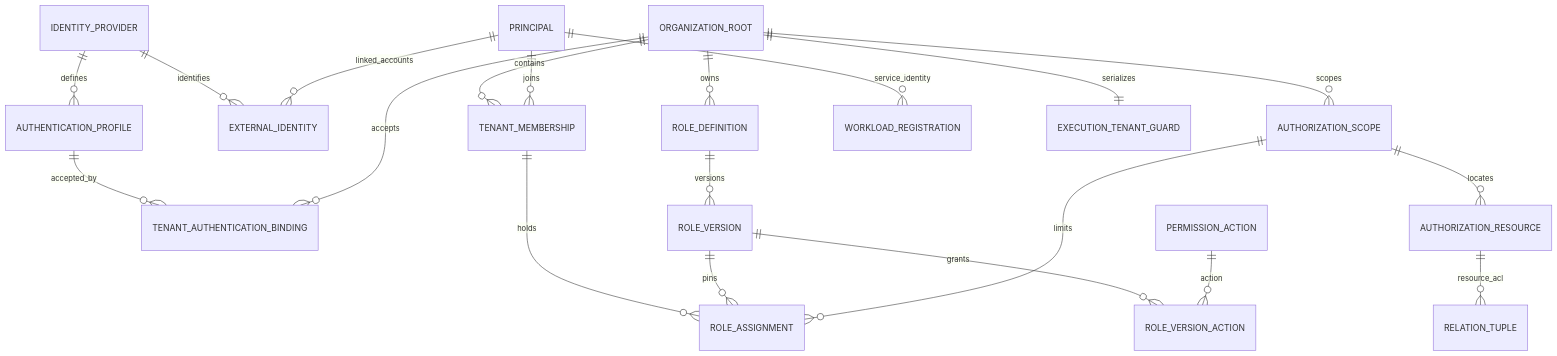
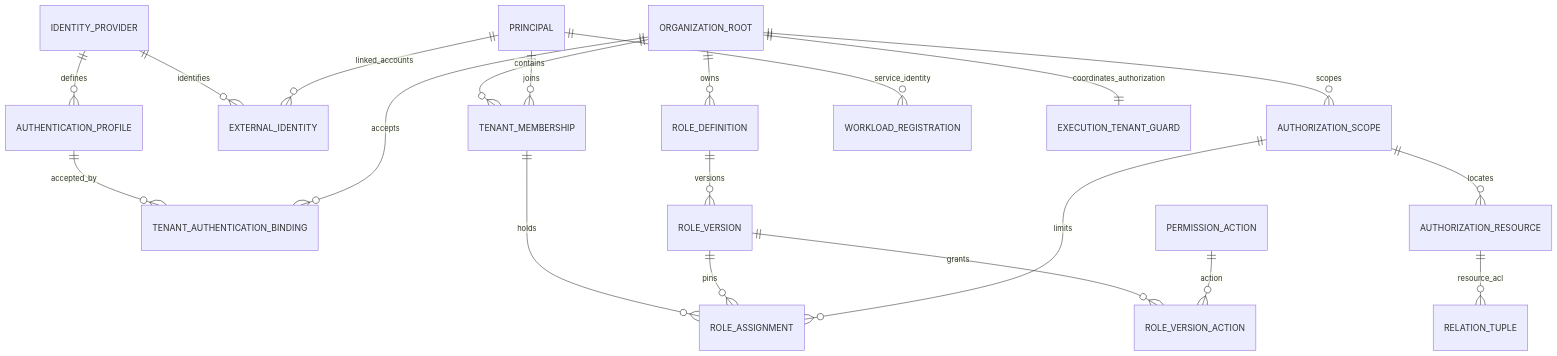
The diagram in docs/identity-schema-design.md (OrchestraCorp/Stage), drawn with Mermaid before and after one commit. The commit also changed other lines of this file and 71 other files, not shown here.

````diff
--- a/docs/identity-schema-design.md
+++ b/docs/identity-schema-design.md
@@ -42,22 +42,22 @@
 ```mermaid
 erDiagram
     IDENTITY_PROVIDER ||--o{ AUTHENTICATION_PROFILE : defines
     IDENTITY_PROVIDER ||--o{ EXTERNAL_IDENTITY : identifies
     AUTHENTICATION_PROFILE ||--o{ TENANT_AUTHENTICATION_BINDING : accepted_by
     PRINCIPAL ||--o{ EXTERNAL_IDENTITY : linked_accounts
     ORGANIZATION_ROOT ||--o{ TENANT_AUTHENTICATION_BINDING : accepts
     ORGANIZATION_ROOT ||--o{ TENANT_MEMBERSHIP : contains
     PRINCIPAL ||--o{ TENANT_MEMBERSHIP : joins
     ORGANIZATION_ROOT ||--o{ AUTHORIZATION_SCOPE : scopes
     AUTHORIZATION_SCOPE ||--o{ AUTHORIZATION_RESOURCE : locates
     ORGANIZATION_ROOT ||--o{ ROLE_DEFINITION : owns
     ROLE_DEFINITION ||--o{ ROLE_VERSION : versions
     ROLE_VERSION ||--o{ ROLE_VERSION_ACTION : grants
     PERMISSION_ACTION ||--o{ ROLE_VERSION_ACTION : action
     TENANT_MEMBERSHIP ||--o{ ROLE_ASSIGNMENT : holds
     ROLE_VERSION ||--o{ ROLE_ASSIGNMENT : pins
     AUTHORIZATION_SCOPE ||--o{ ROLE_ASSIGNMENT : limits
     PRINCIPAL ||--o{ WORKLOAD_REGISTRATION : service_identity
     AUTHORIZATION_RESOURCE ||--o{ RELATION_TUPLE : resource_acl
-    ORGANIZATION_ROOT ||--|| EXECUTION_TENANT_GUARD : serializes
+    ORGANIZATION_ROOT ||--|| EXECUTION_TENANT_GUARD : coordinates_authorization
 ```
````
